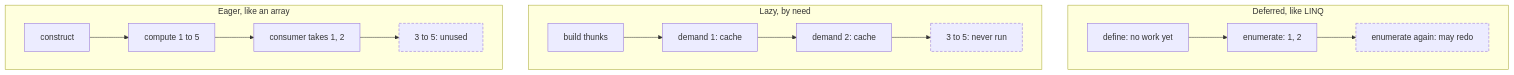
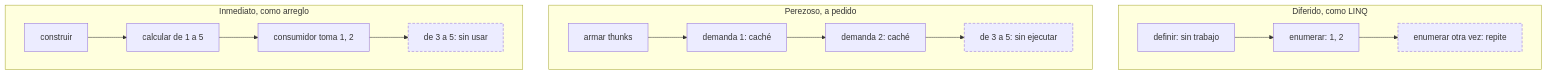
The diagram in lessons/guias-de-estudio/conceptos/evaluacion-demanda-y-pereza.md (dullroar/aprende-a-programar-como-un-bicho-raro), drawn with Mermaid before and after one commit. The commit also changed other lines of this file and 10 other files, not shown here.

````diff
--- a/lessons/guias-de-estudio/conceptos/evaluacion-demanda-y-pereza.md
+++ b/lessons/guias-de-estudio/conceptos/evaluacion-demanda-y-pereza.md
@@ -54,16 +54,16 @@
 ```mermaid
 flowchart TB
-    accTitle: The same requested prefix can entail different work
-    accDescr: Three lanes show a consumer that asks for only the first two elements of a sequence of five. In the eager lane, all five values 1 to 5 are computed first, the consumer takes 1 and 2, and 3 to 5 were computed but unused. In the lazy by-need lane, thunks are built, 1 is demanded, evaluated and cached, 2 is demanded, evaluated and cached, and 3 to 5 are never evaluated. In the deferred pipeline lane, the pipeline is defined and no work happens, then enumerating computes and yields 1 and 2, and enumerating again may repeat the work because deferred is not automatically memoized.
-    subgraph DEFER["Deferred, like LINQ"]
-        D1["define: no work yet"] --> D2["enumerate: 1, 2"] --> D3["enumerate again: may redo"]
+    accTitle: El mismo prefijo pedido puede implicar trabajo distinto
+    accDescr: Tres carriles muestran un consumidor que pide solo los dos primeros elementos de una secuencia de cinco. En el carril de evaluación inmediata se calculan primero los cinco valores de 1 a 5. El consumidor toma 1 y 2, y de 3 a 5 se calcularon pero no se usaron. En el carril perezoso por necesidad se construyen thunks. Se pide 1, se evalúa y se guarda en caché; se pide 2, se evalúa y se guarda en caché. De 3 a 5 nunca se evalúan. En el carril de la canalización diferida, la canalización se define y no ocurre ningún trabajo. Luego, al enumerar, se calculan y se producen 1 y 2. Enumerar otra vez puede repetir el trabajo, porque lo diferido no se memoiza de forma automática.
+    subgraph DEFER["Diferido, como LINQ"]
+        D1["definir: sin trabajo"] --> D2["enumerar: 1, 2"] --> D3["enumerar otra vez: repite"]
     end
-    subgraph LAZY["Lazy, by need"]
-        L1["build thunks"] --> L2["demand 1: cache"] --> L3["demand 2: cache"] --> L4["3 to 5: never run"]
+    subgraph LAZY["Perezoso, a pedido"]
+        L1["armar thunks"] --> L2["demanda 1: caché"] --> L3["demanda 2: caché"] --> L4["de 3 a 5: sin ejecutar"]
     end
-    subgraph EAGER["Eager, like an array"]
-        E1["construct"] --> E2["compute 1 to 5"] --> E3["consumer takes 1, 2"] --> E4["3 to 5: unused"]
+    subgraph EAGER["Inmediato, como arreglo"]
+        E1["construir"] --> E2["calcular de 1 a 5"] --> E3["consumidor toma 1, 2"] --> E4["de 3 a 5: sin usar"]
     end
     classDef unused stroke-dasharray: 5 3
     class E4,L4,D3 unused
 ```
````
